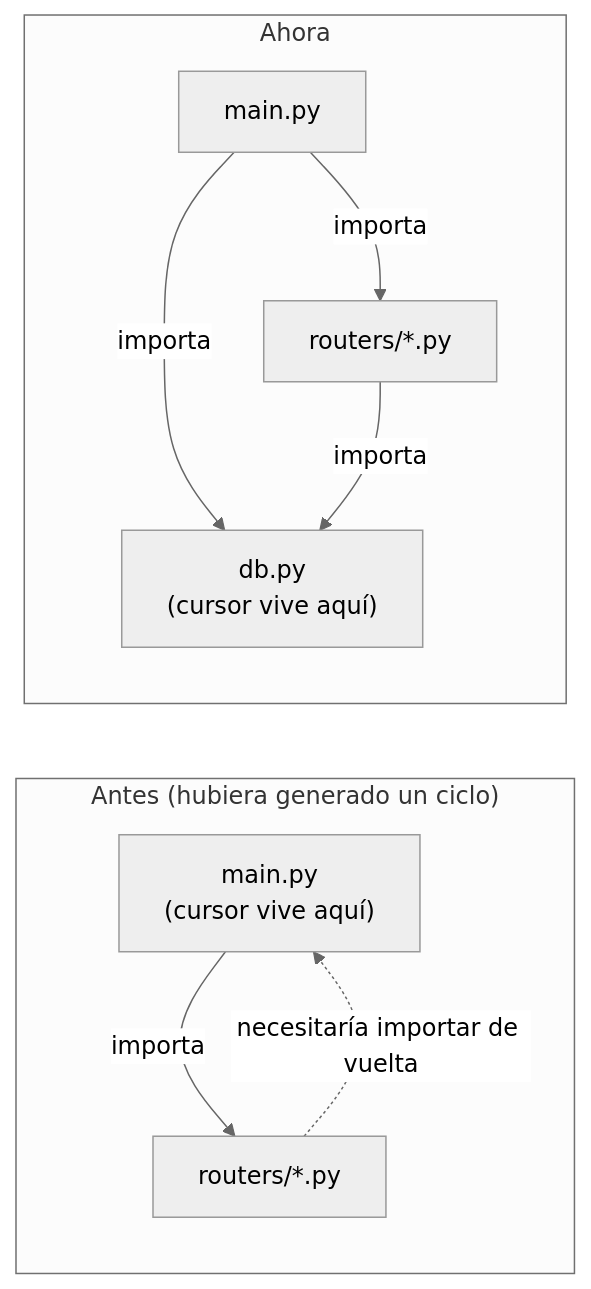
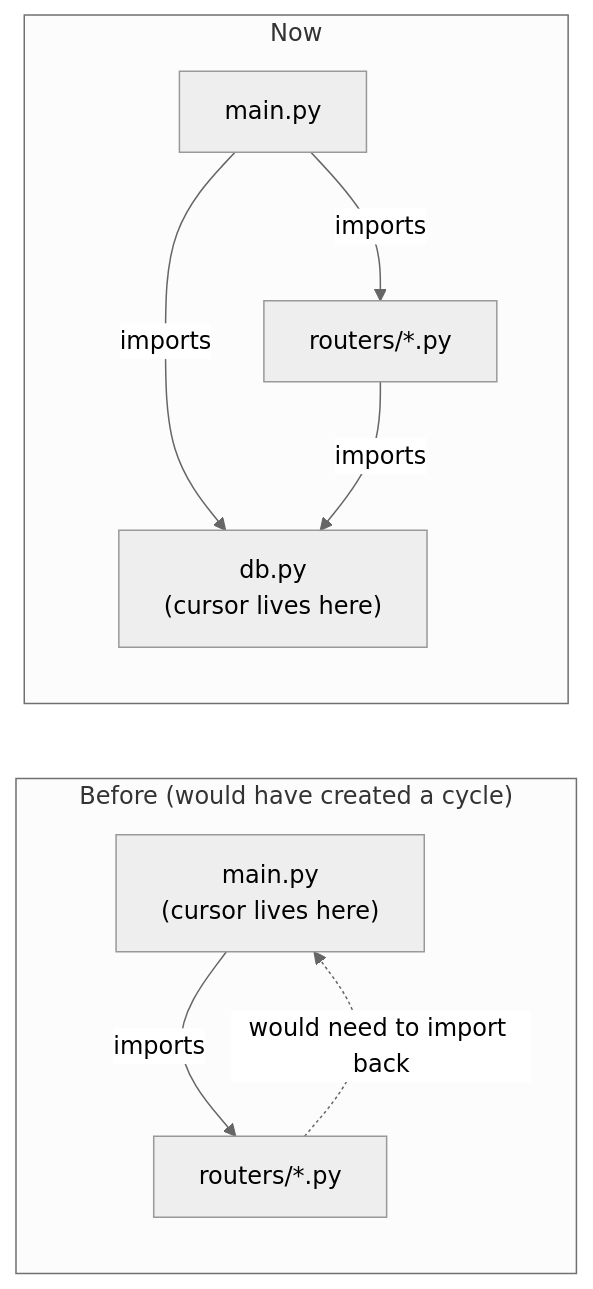
One commit to skellent/iOS-compiler changed the diagram in docs/backend/db.md. Above: the diagram before and after it, drawn with Mermaid (neutral theme). The commit also changed other lines of this file and 45 other files, not shown here.

````diff
--- a/docs/backend/db.md
+++ b/docs/backend/db.md
@@ -29,13 +29,13 @@
 ```mermaid
 flowchart LR
-    subgraph antes["Antes (hubiera generado un ciclo)"]
-        M1["main.py<br/>(cursor vive aquí)"] -->|importa| R1["routers/*.py"]
-        R1 -.->|necesitaría importar de vuelta| M1
+    subgraph before["Before (would have created a cycle)"]
+        M1["main.py<br/>(cursor lives here)"] -->|imports| R1["routers/*.py"]
+        R1 -.->|would need to import back| M1
     end
 
-    subgraph ahora["Ahora"]
-        M2["main.py"] -->|importa| R2["routers/*.py"]
-        M2 -->|importa| D["db.py<br/>(cursor vive aquí)"]
-        R2 -->|importa| D
+    subgraph now["Now"]
+        M2["main.py"] -->|imports| R2["routers/*.py"]
+        M2 -->|imports| D["db.py<br/>(cursor lives here)"]
+        R2 -->|imports| D
     end
 ```
````
